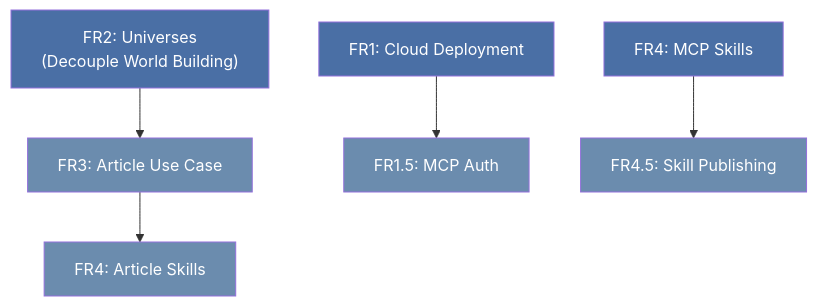
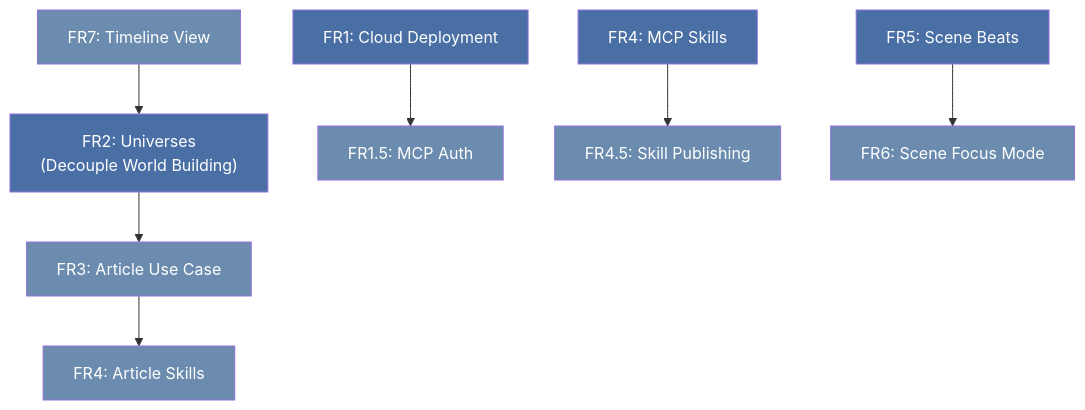
The second of 2 diagrams in docs/FUTURE_REQUIREMENTS.md (alexsiri7/word-coach-annie), drawn with Mermaid before and after one commit. The commit also changed other lines of this file and 22 other files, not shown here.

First line of the commit message:
feat(FR4): Implement MCP Skills Architecture

````diff
--- a/docs/FUTURE_REQUIREMENTS.md
+++ b/docs/FUTURE_REQUIREMENTS.md
@@ -319,15 +501,20 @@
 ```mermaid
 graph TD
     FR2["FR2: Universes<br/>(Decouple World Building)"] --> FR3["FR3: Article Use Case"]
     FR1["FR1: Cloud Deployment"] --> FR1_MCP["FR1.5: MCP Auth"]
     FR4["FR4: MCP Skills"] --> FR4_PUB["FR4.5: Skill Publishing"]
     FR3 --> FR4_ARTICLE["FR4: Article Skills"]
+    FR5["FR5: Scene Beats"] --> FR6["FR6: Scene Focus Mode"]
+    FR7["FR7: Timeline View"] --> FR2
 
     style FR2 fill:#4a6fa5,color:#fff
     style FR1 fill:#4a6fa5,color:#fff
     style FR4 fill:#4a6fa5,color:#fff
+    style FR5 fill:#4a6fa5,color:#fff
     style FR3 fill:#6b8cae,color:#fff
     style FR1_MCP fill:#6b8cae,color:#fff
     style FR4_PUB fill:#6b8cae,color:#fff
     style FR4_ARTICLE fill:#6b8cae,color:#fff
+    style FR6 fill:#6b8cae,color:#fff
+    style FR7 fill:#6b8cae,color:#fff
 ```
````
